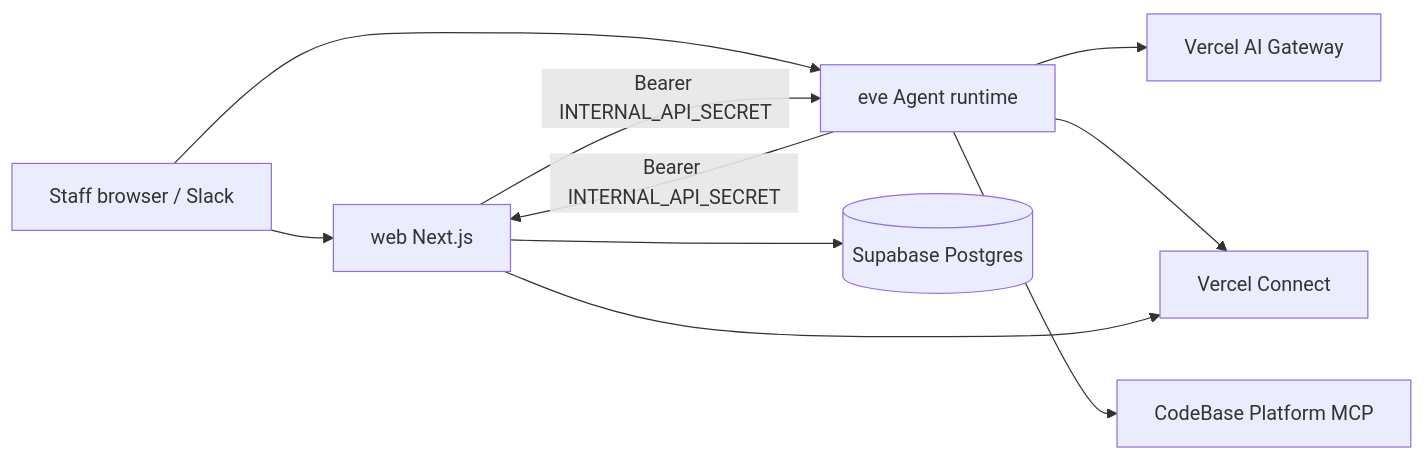
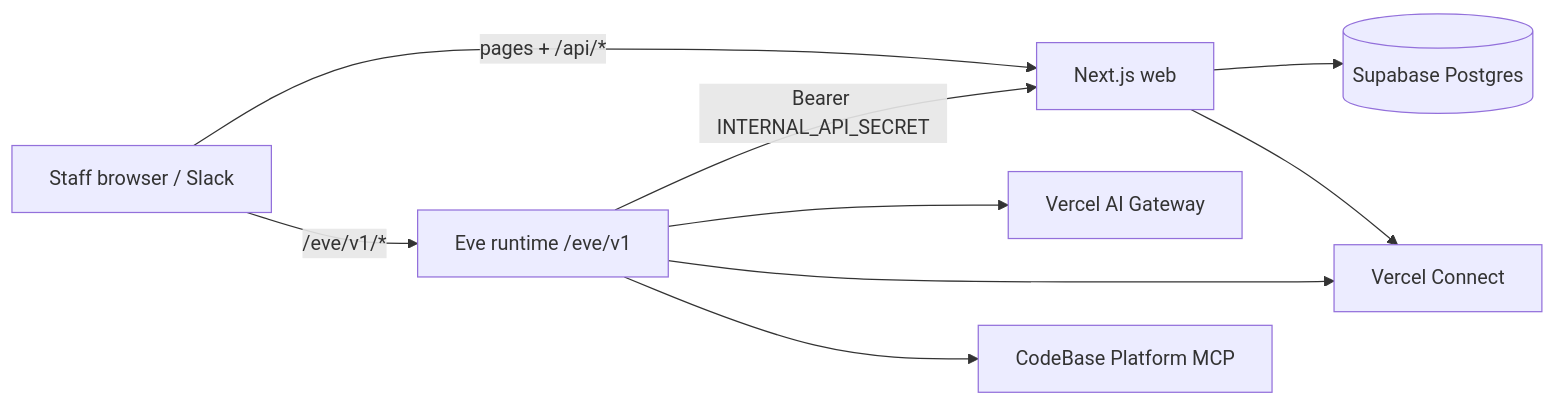
Before and after one commit to thisiscodebase/agent-c: the diagram in docs/DEPLOYMENT.md, drawn with Mermaid. The commit also changed other lines of this file and 4 other files, not shown here.

````diff
--- a/docs/DEPLOYMENT.md
+++ b/docs/DEPLOYMENT.md
@@ -18,20 +23,19 @@
 ```mermaid
 flowchart LR
   user[Staff browser / Slack]
-  web[web Next.js]
-  eve[eve Agent runtime]
+  web[Next.js web]
+  eve[Eve runtime /eve/v1]
   db[(Supabase Postgres)]
   gateway[Vercel AI Gateway]
   connect[Vercel Connect]
   platform[CodeBase Platform MCP]
 
-  user --> web
-  user --> eve
+  user -->|"pages + /api/*"| web
+  user -->|"/eve/v1/*"| eve
   web --> db
-  web -->|"Bearer INTERNAL_API_SECRET"| eve
   eve -->|"Bearer INTERNAL_API_SECRET"| web
   eve --> gateway
   eve --> connect
   eve --> platform
   web --> connect
 ```
````
